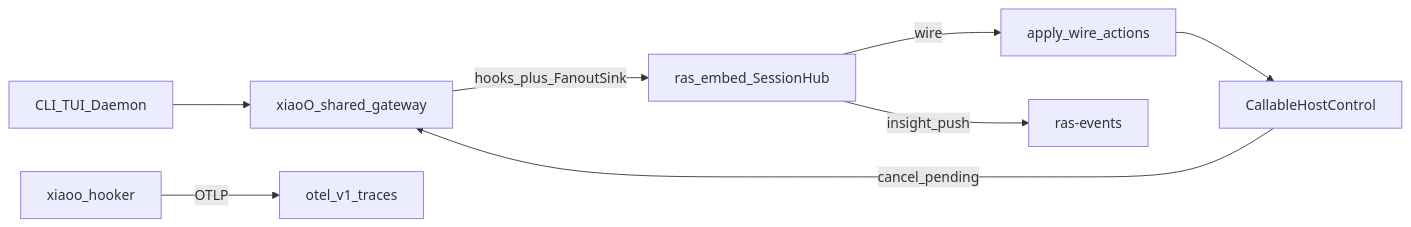
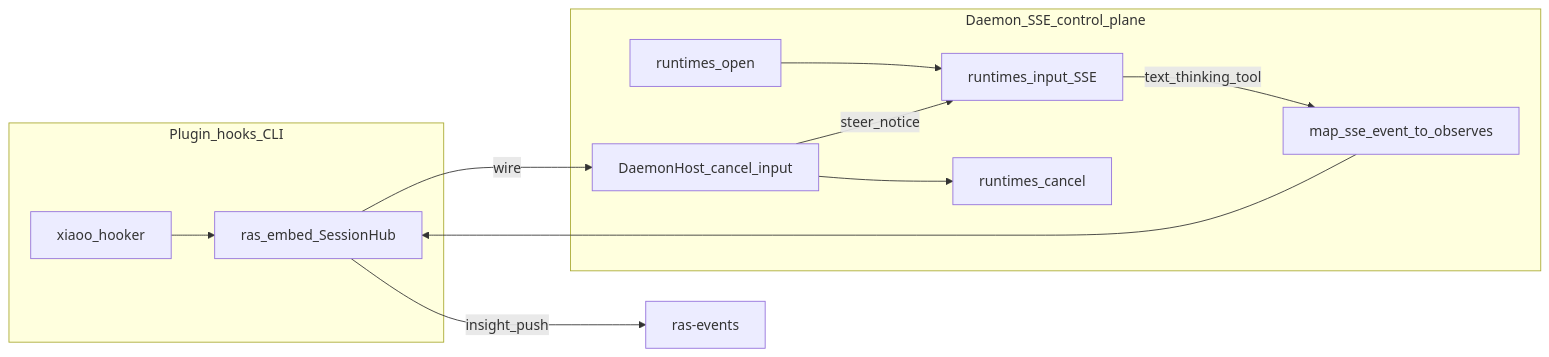
The diagram in docs/agent-ras/designs/features/xiaoo-adapter.md (openeuler-mirror/agent-insight), drawn with Mermaid before and after one commit. The commit also changed other lines of this file and 16 other files, not shown here.

First line of the commit message:
feat(ras): xiaoo Daemon SSE 控制面与故障域插件文档对齐

````diff
--- a/docs/agent-ras/designs/features/xiaoo-adapter.md
+++ b/docs/agent-ras/designs/features/xiaoo-adapter.md
@@ -21,10 +23,18 @@
 ```mermaid
 flowchart LR
-  Entry[CLI_TUI_Daemon] --> GW[xiaoO_shared_gateway]
-  GW -->|hooks_plus_FanoutSink| Embed[ras_embed_SessionHub]
-  Embed -->|wire| Apply[apply_wire_actions]
-  Apply --> Host[CallableHostControl]
-  Host -->|cancel_pending| GW
+  subgraph hookPath [Plugin_hooks_CLI]
+    Hooker[xiaoo_hooker] --> Embed[ras_embed_SessionHub]
+  end
+  subgraph daemonPath [Daemon_SSE_control_plane]
+    Open[runtimes_open]
+    Input[runtimes_input_SSE]
+    Cancel[runtimes_cancel]
+    Open --> Input
+    Input -->|text_thinking_tool| Map[map_sse_event_to_observes]
+    Map --> Embed
+    Embed -->|wire| Host[DaemonHost_cancel_input]
+    Host --> Cancel
+    Host -->|steer_notice| Input
+  end
   Embed -->|insight_push| InsightRAS[ras-events]
-  Hooker[xiaoo_hooker] -->|OTLP| InsightOTel[otel_v1_traces]
 ```
````
